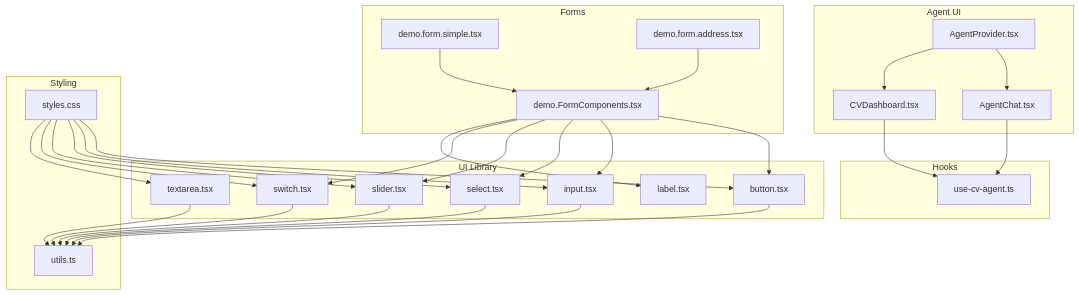
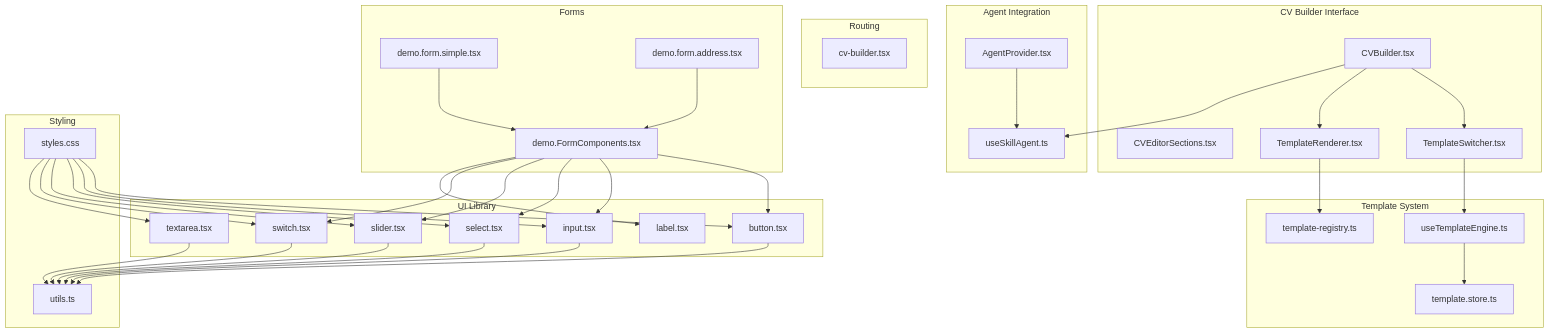
Before and after one commit to DoVuDung/cv-portfolio-builder: the first of 8 diagrams in .qoder/repowiki/en/content/User Interface Components/User Interface Components.md, drawn with Mermaid. The commit also changed other lines of this file and 26 other files, not shown here.

First line of the commit message:
docs(agent): update AI Agent System with MCP tool architecture and CV Builder integration

````diff
--- a/.qoder/repowiki/en/content/User Interface Components/User Interface Components.md
+++ b/.qoder/repowiki/en/content/User Interface Components/User Interface Components.md
@@ -54,53 +73,66 @@
 ```mermaid
 graph TB
-subgraph "Agent UI"
-AC["AgentChat.tsx"]
-CD["CVDashboard.tsx"]
+subgraph "CV Builder Interface"
+CVB["CVBuilder.tsx"]
+CVES["CVEditorSections.tsx"]
+TS["TemplateSwitcher.tsx"]
+TR["TemplateRenderer.tsx"]
+end
+subgraph "Agent Integration"
 AP["AgentProvider.tsx"]
+USA["useSkillAgent.ts"]
+end
+subgraph "Template System"
+UTE["useTemplateEngine.ts"]
+TSSTORE["template.store.ts"]
+TSREG["template-registry.ts"]
 end
 subgraph "UI Library"
 BTN["button.tsx"]
 INP["input.tsx"]
 LAB["label.tsx"]
 SEL["select.tsx"]
 SLI["slider.tsx"]
 SW["switch.tsx"]
 TAREA["textarea.tsx"]
 end
-subgraph "Hooks"
-UCA["use-cv-agent.ts"]
+subgraph "Routing"
+CBR["cv-builder.tsx"]
 end
 subgraph "Forms"
 DFC["demo.FormComponents.tsx"]
 DFS["demo.form.simple.tsx"]
 DFA["demo.form.address.tsx"]
 end
 subgraph "Styling"
 UTIL["utils.ts"]
 CSS["styles.css"]
 end
-AP --> AC
-AP --> CD
-AC --> UCA
-CD --> UCA
+CVB --> TS
+CVB --> TR
+CVB --> USA
+TS --> UTE
+TR --> TSREG
+UTE --> TSSTORE
+AP --> USA
 DFC --> BTN
 DFC --> INP
 DFC --> SEL
 DFC --> SLI
 DFC --> SW
 DFC --> LAB
 DFS --> DFC
 DFA --> DFC
 BTN --> UTIL
 INP --> UTIL
 SEL --> UTIL
 SLI --> UTIL
 SW --> UTIL
 TAREA --> UTIL
 CSS --> BTN
 CSS --> INP
 CSS --> SEL
 CSS --> SLI
 CSS --> SW
 CSS --> TAREA
 ```
````
